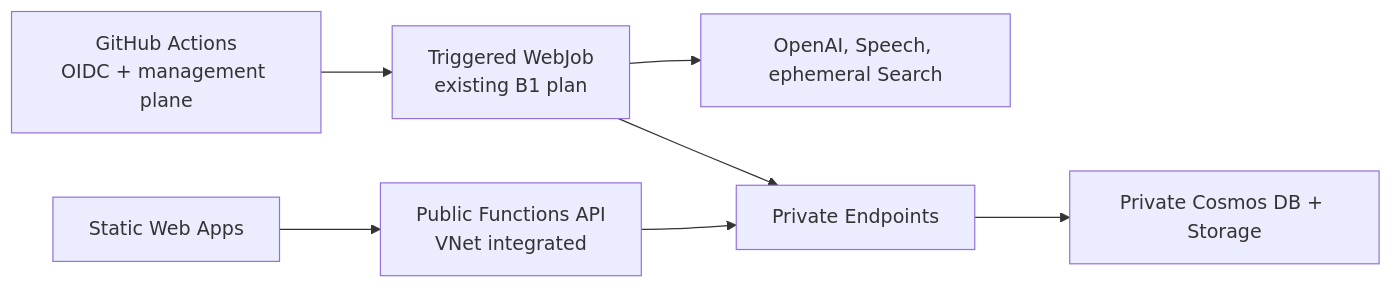
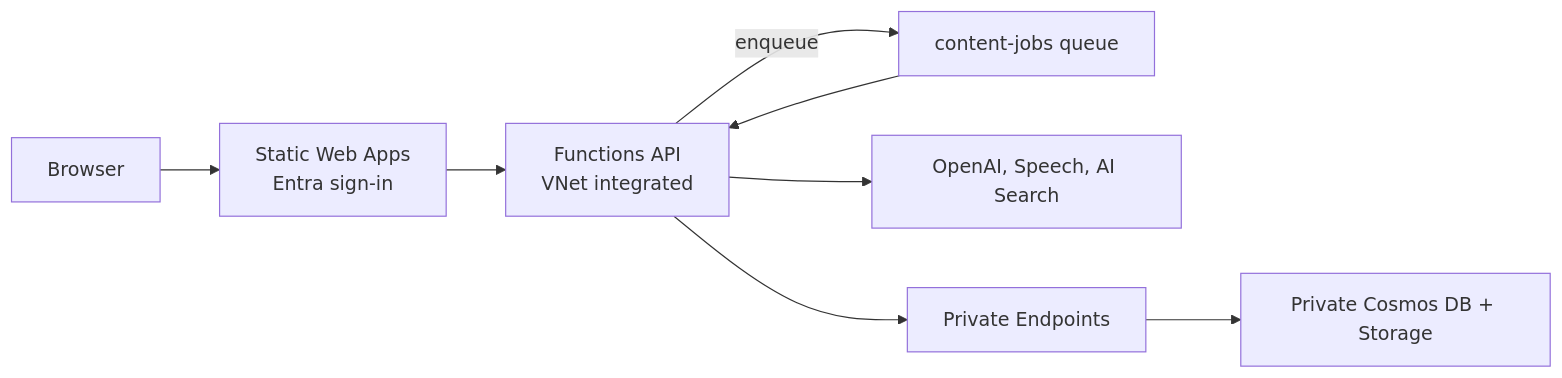
One commit to matthansen0/certaudio changed the diagram in README.md. Above: the diagram before and after it, drawn with Mermaid. The commit also changed other lines of this file and 5 other files, not shown here.

````diff
--- a/README.md
+++ b/README.md
@@ -100,9 +100,10 @@
 ```mermaid
 flowchart LR
-  GH[GitHub Actions<br/>OIDC + management plane] --> JOB[Triggered WebJob<br/>existing B1 plan]
-  JOB --> AI[OpenAI, Speech, ephemeral Search]
-  JOB --> PE[Private Endpoints]
-  SWA[Static Web Apps] --> FN[Public Functions API<br/>VNet integrated]
-  FN --> PE
+  USER[Browser] --> SWA[Static Web Apps<br/>Entra sign-in]
+  SWA --> FN[Functions API<br/>VNet integrated]
+  FN -- enqueue --> Q[content-jobs queue]
+  Q --> FN
+  FN --> AI[OpenAI, Speech, AI Search]
+  FN --> PE[Private Endpoints]
   PE --> DATA[Private Cosmos DB + Storage]
 ```
````
